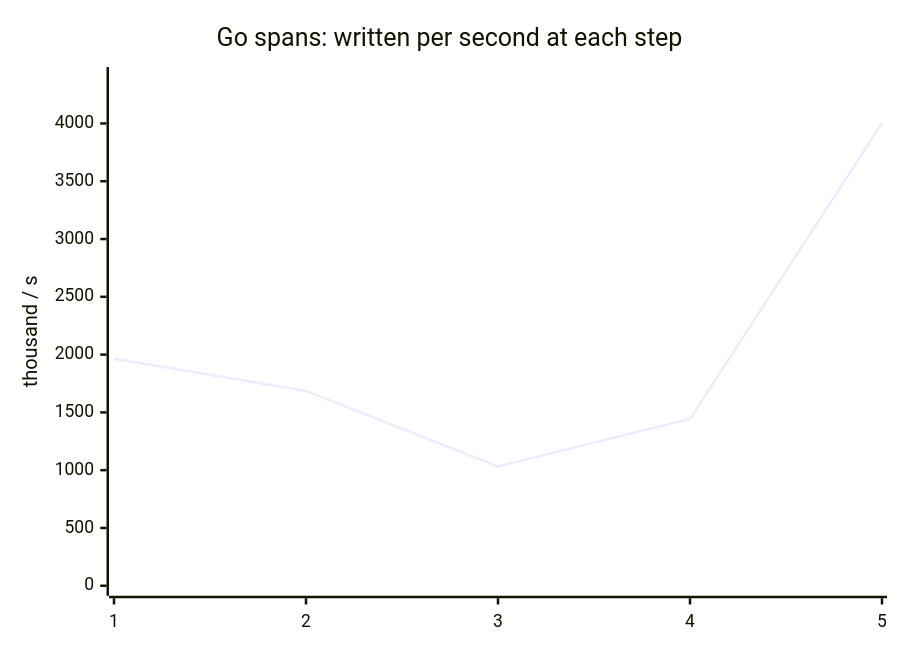
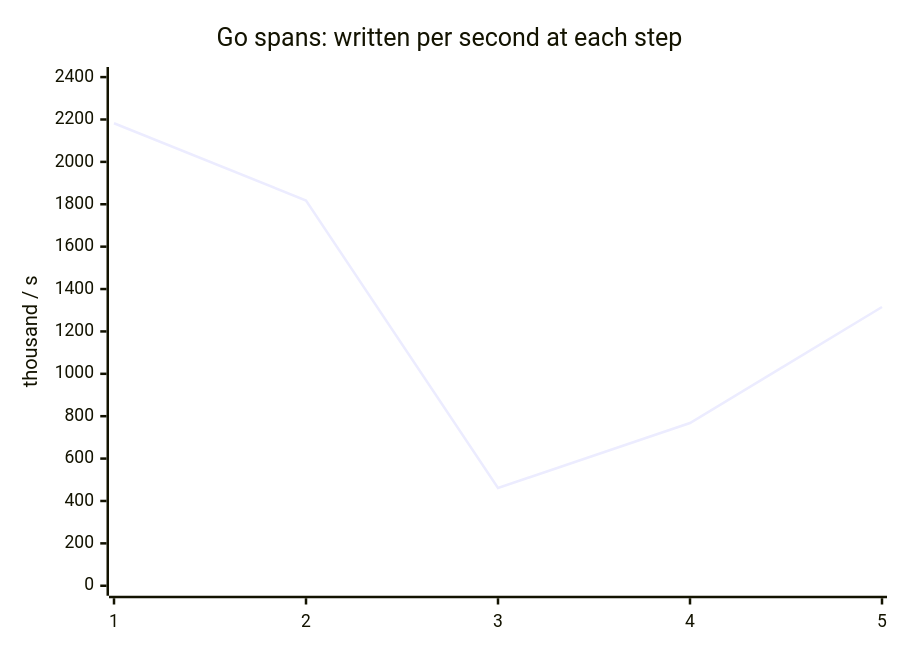
Before and after one commit to the-protobuf-project/telemetry: the sixth of 24 diagrams in docs/benchmark.md, drawn with Mermaid. The commit also changed other lines of this file and 4 other files, not shown here.

````diff
--- a/docs/benchmark.md
+++ b/docs/benchmark.md
@@ -73,7 +73,7 @@
 ```mermaid
 xychart-beta
     title "Go spans: written per second at each step"
     x-axis ["1", "2", "3", "4", "5"]
-    y-axis "thousand / s" 0 --> 4402.01
-    line [1964.48, 1685.94, 1031.93, 1442.79, 4001.83]
+    y-axis "thousand / s" 0 --> 2400.49
+    line [2182.26, 1817.66, 461.101, 767.934, 1315.18]
 ```
````
